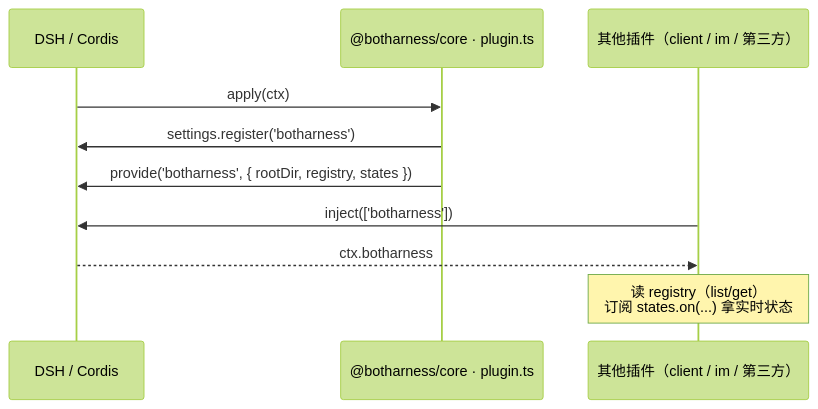
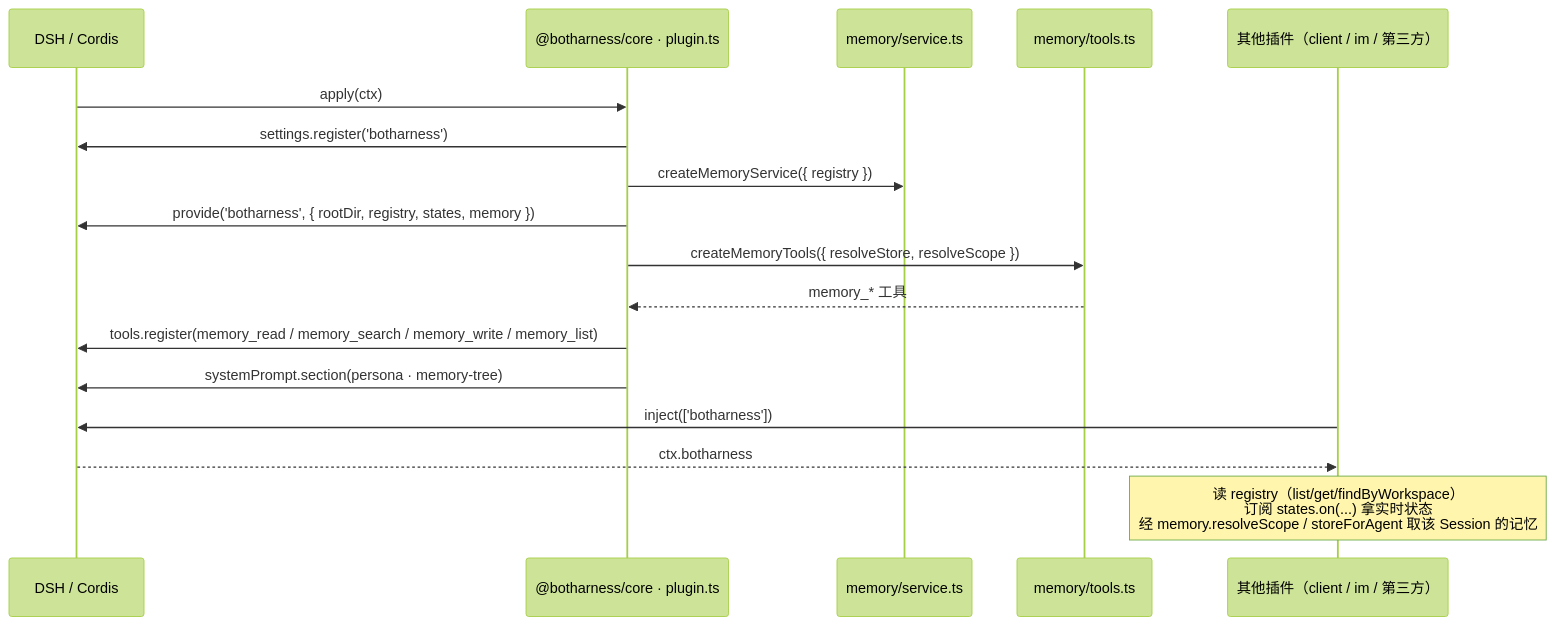
Before and after one commit to BotHarness/BotHarness: the diagram in docs/architecture/diagrams/03-boot.mmd, drawn with Mermaid (forest theme). The commit also changed 44 other files, not shown here.

First line of the commit message:
feat(core): M2 memory MVP — store, tools, git, prompt injection

```diff
--- a/docs/architecture/diagrams/03-boot.mmd
+++ b/docs/architecture/diagrams/03-boot.mmd
@@ -1,11 +1,18 @@
 sequenceDiagram
   participant D as DSH / Cordis
   participant P as @botharness/core · plugin.ts
+  participant M as memory/service.ts
+  participant T as memory/tools.ts
   participant O as 其他插件（client / im / 第三方）
 
   D->>P: apply(ctx)
   P->>D: settings.register('botharness')
-  P->>D: provide('botharness', { rootDir, registry, states })
+  P->>M: createMemoryService({ registry })
+  P->>D: provide('botharness', { rootDir, registry, states, memory })
+  P->>T: createMemoryTools({ resolveStore, resolveScope })
+  T-->>P: memory_* 工具
+  P->>D: tools.register(memory_read / memory_search / memory_write / memory_list)
+  P->>D: systemPrompt.section(persona · memory-tree)
   O->>D: inject(['botharness'])
   D-->>O: ctx.botharness
-  Note over O: 读 registry（list/get）<br/>订阅 states.on(...) 拿实时状态
+  Note over O: 读 registry（list/get/findByWorkspace）<br/>订阅 states.on(...) 拿实时状态<br/>经 memory.resolveScope / storeForAgent 取该 Session 的记忆
```
